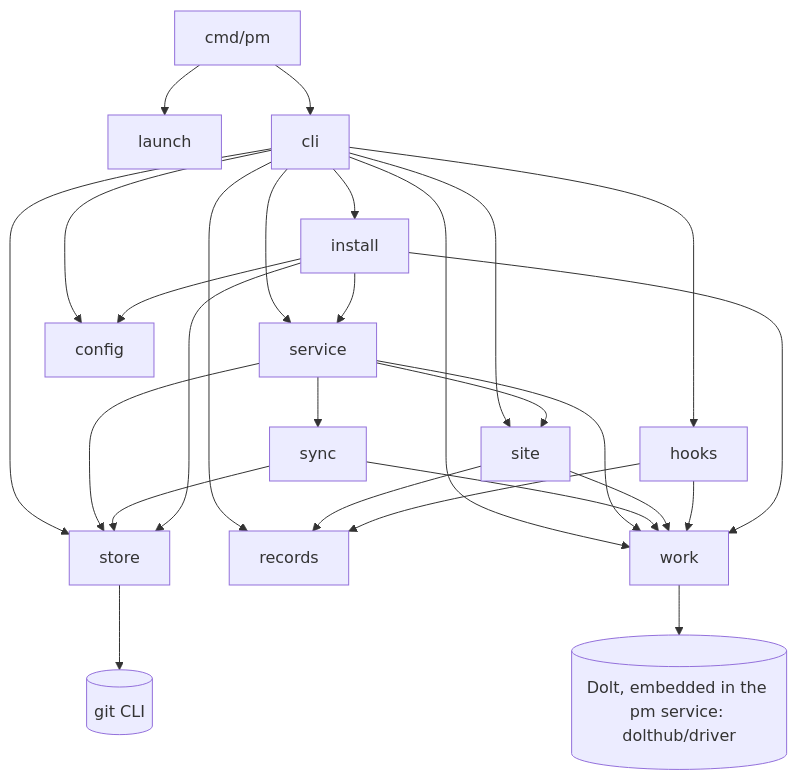
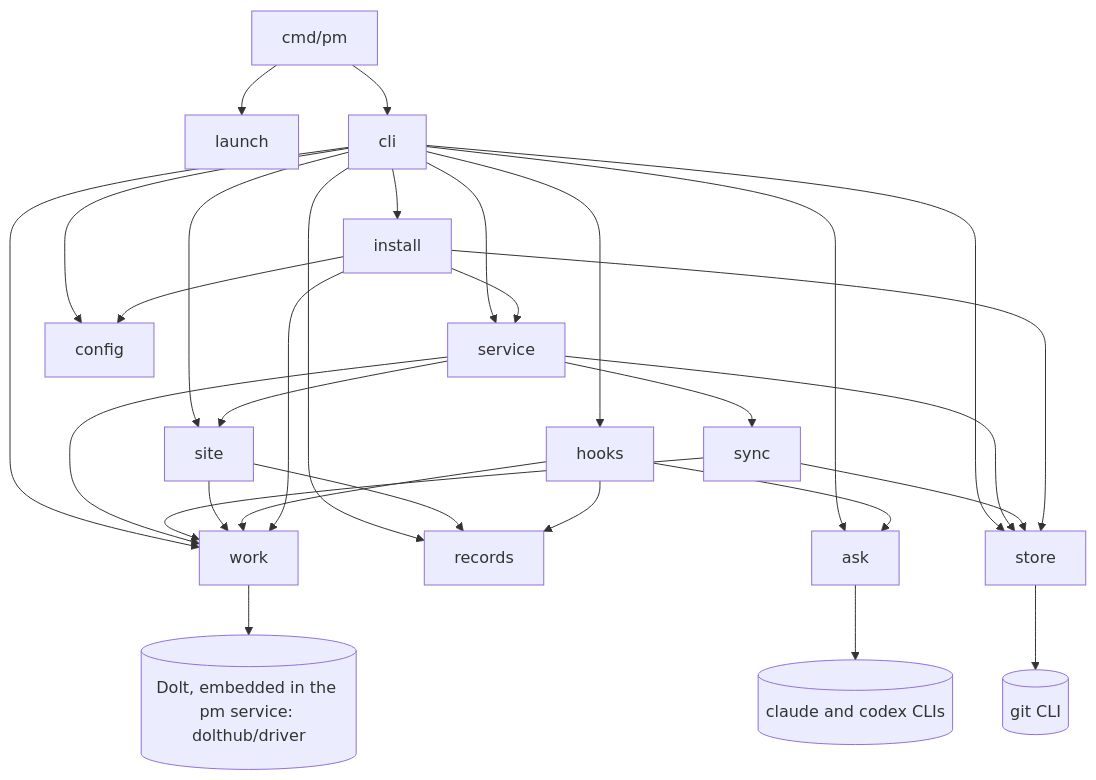
One commit to Yeeef/pm changed the first of 2 diagrams in design/pm-go.md. Above: the diagram before and after it, drawn with Mermaid. The commit also changed other lines of this file and 3 other files, not shown here.

````diff
--- a/design/pm-go.md
+++ b/design/pm-go.md
@@ -104,13 +104,14 @@
 ```mermaid
 flowchart TD
   main[cmd/pm] --> launch
   main --> cli
-  cli --> hooks & site & service & install & work & records & store & config
+  cli --> hooks & site & service & install & work & records & store & config & ask
   service --> site & work & store & sync
   sync --> work & store
   site --> records & work
-  hooks --> work & records
+  hooks --> work & records & ask
+  ask --> agents[(claude and codex CLIs)]
   install --> config & store & work & service
   work --> dolt[(Dolt, embedded in the pm service: dolthub/driver)]
   store --> git[(git CLI)]
 ```
````
